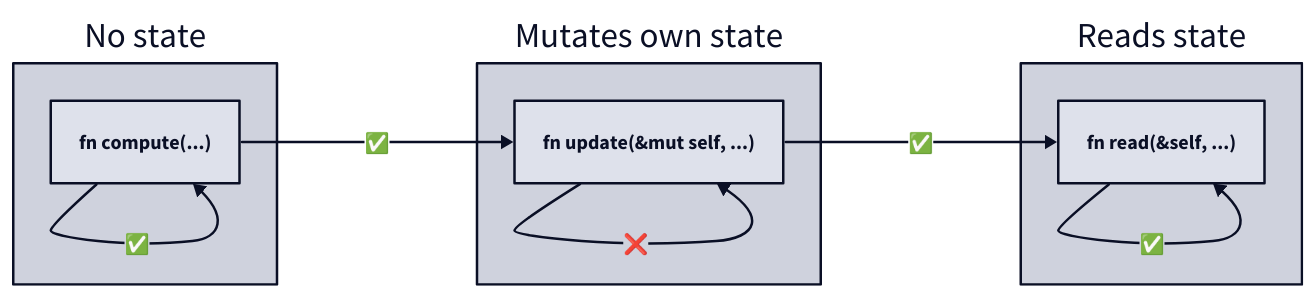
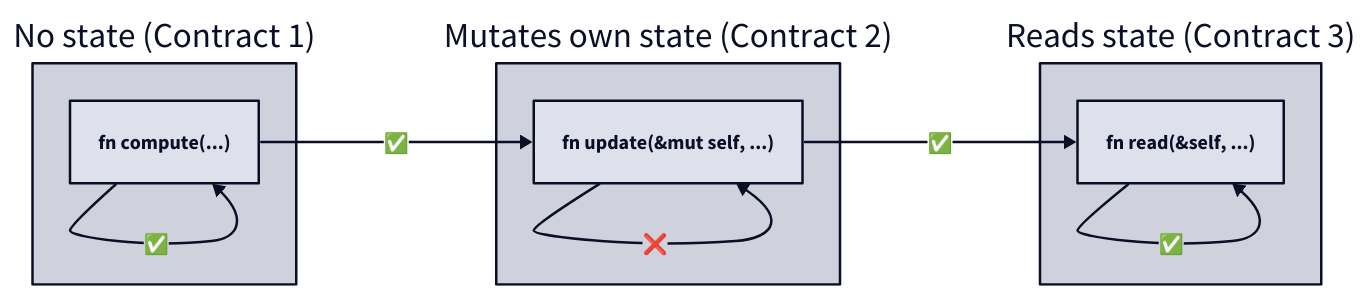
The second of 3 diagrams in website/book/src/Execution_environment/Contracts_overview.md (nazar-pc/abundance), drawn with D2 before and after one commit. The commit also changed other lines of this file, not shown here.

Commit message:
Improve diagram clarity

````diff
--- a/website/book/src/Execution_environment/Contracts_overview.md
+++ b/website/book/src/Execution_environment/Contracts_overview.md
@@ -90,36 +90,36 @@
 ```d2
 vars: {
     d2-config: {
         pad: 0
         theme-id: 1
         dark-theme-id: 200
         theme-overrides: {
             N7: transparent
         }
         dark-theme-overrides: {
             N7: transparent
         }
     }
 }
 
 direction: right
 
-Mutates: Mutates own state {
+Stateless: No state (Contract 1) {
+    compute: fn compute(...)
+}
+
+Mutates: Mutates own state (Contract 2) {
     update: fn update(&mut self, ...)
 }
 
-Reads: Reads state {
+Reads: Reads state (Contract 3) {
     read: fn read(&self, ...)
 }
 
-Stateless: No state {
-    compute: fn compute(...)
-}
-
+Stateless.compute -> Stateless.compute: ✅
+Stateless.compute -> Mutates.update: ✅
 Mutates.update -> Mutates.update: ❌
 Mutates.update -> Reads.read: ✅
 Reads.read -> Reads.read: ✅
-Stateless.compute -> Stateless.compute: ✅
-Stateless.compute -> Mutates.update: ✅
 
 ```
````
